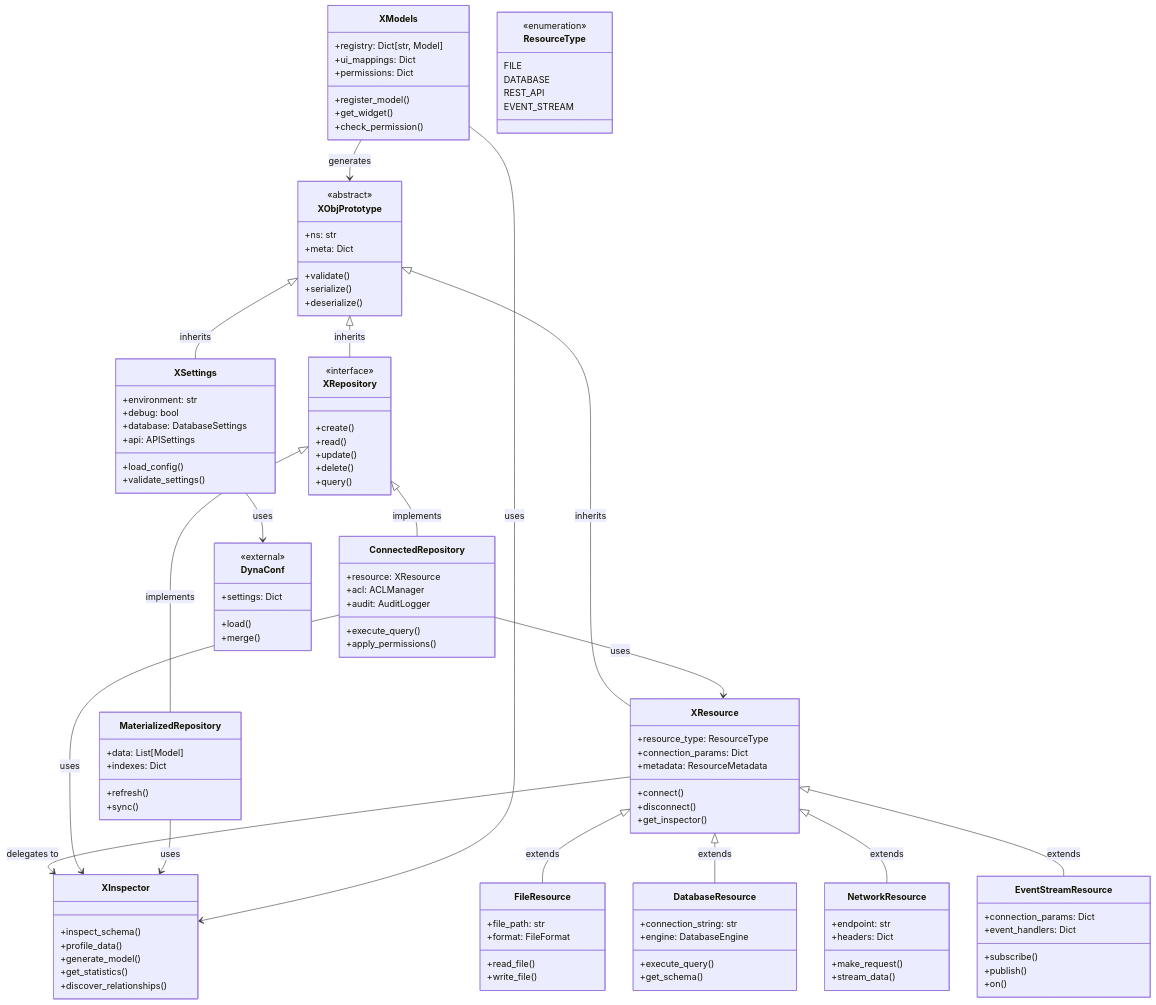
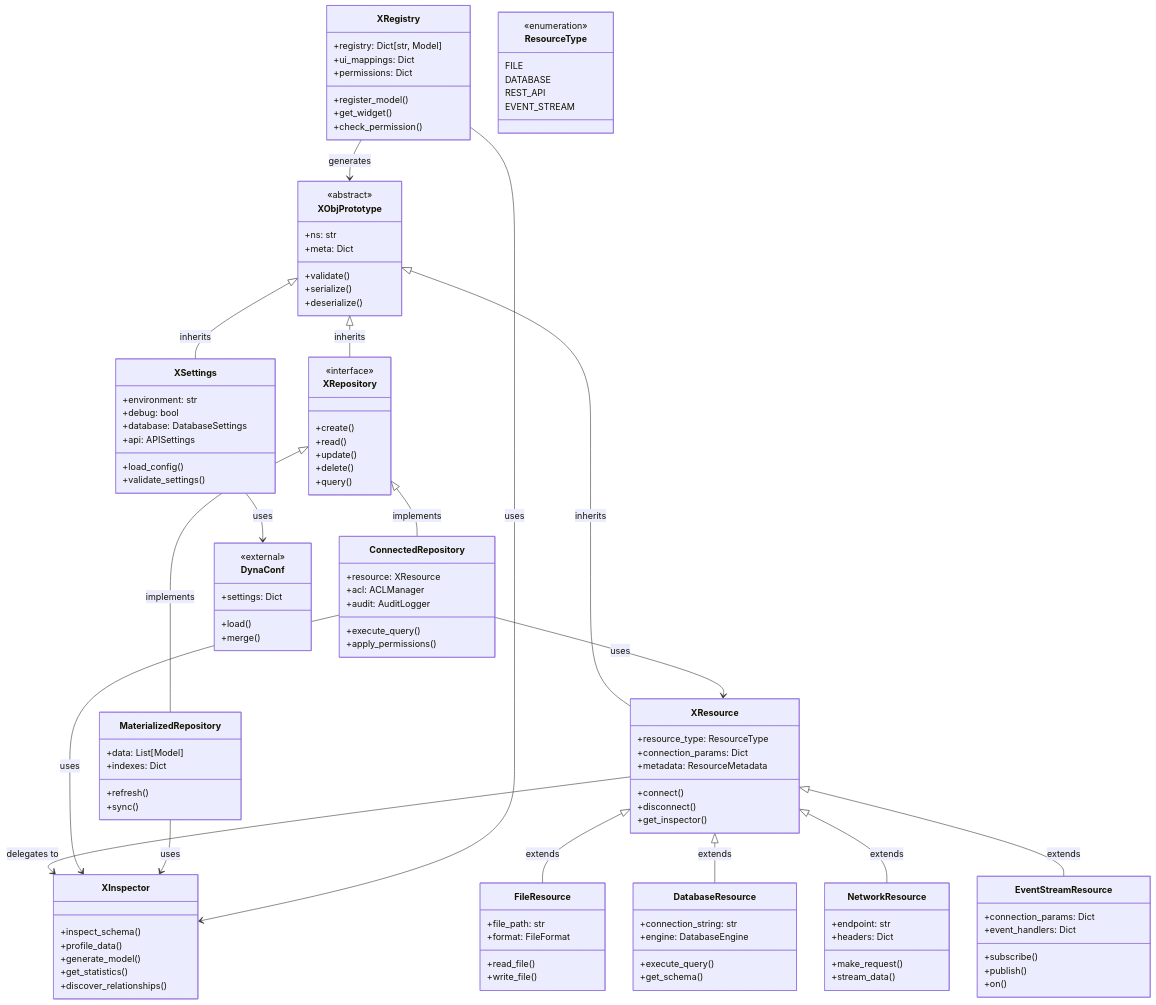
Before and after one commit to rpalshetkar/claudify: the first of 7 diagrams in FEATURES/XARCH.md, drawn with Mermaid. The commit also changed other lines of this file and 1 other file, not shown here.

First line of the commit message:
Update FEATURES/CLAUDE.md and XARCH.md: Replace XModels with XRegistry

```diff
--- a/FEATURES/XARCH.md
+++ b/FEATURES/XARCH.md
@@ -81,7 +81,7 @@
         +sync()
     }
 
-    class XModels {
+    class XRegistry {
         +registry: Dict[str, Model]
         +ui_mappings: Dict
         +permissions: Dict
@@ -108,8 +108,8 @@
     ConnectedRepository --> XResource : uses
     ConnectedRepository --> XInspector : uses
     MaterializedRepository --> XInspector : uses
-    XModels --> XInspector : uses
-    XModels --> XObjPrototype : generates
+    XRegistry --> XInspector : uses
+    XRegistry --> XObjPrototype : generates
 
     class ResourceType {
         <<enumeration>>
```
